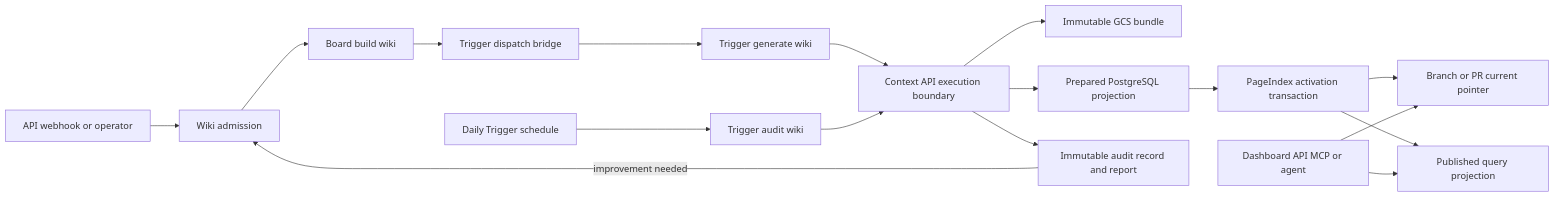
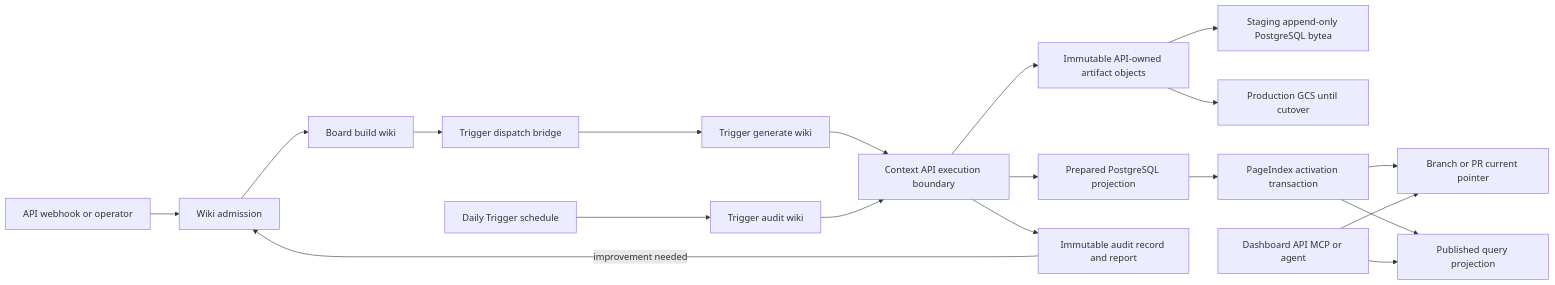
The first of 6 diagrams in docs/CONTEXT_WIKI_TRIGGER_MIGRATION_PLAN.md (keon/jina-context-wiki-e2e-20260808), drawn with Mermaid before and after one commit. The commit also changed other lines of this file and 15 other files, not shown here.

Commit message:
fix(context): persist staging wiki artifacts in postgres

````diff
--- a/docs/CONTEXT_WIKI_TRIGGER_MIGRATION_PLAN.md
+++ b/docs/CONTEXT_WIKI_TRIGGER_MIGRATION_PLAN.md
@@ -110,21 +111,23 @@
 ```mermaid
 flowchart LR
     Client["API webhook or operator"] --> Admission["Wiki admission"]
     Admission --> Board["Board build wiki"]
     Board --> Bridge["Trigger dispatch bridge"]
     Bridge --> Generate["Trigger generate wiki"]
     Generate --> Internal["Context API execution boundary"]
-    Internal --> Bundle["Immutable GCS bundle"]
+    Internal --> Artifacts["Immutable API-owned artifact objects"]
+    Artifacts --> StagingStore["Staging append-only PostgreSQL bytea"]
+    Artifacts --> ProductionStore["Production GCS until cutover"]
     Internal --> Prepared["Prepared PostgreSQL projection"]
     Prepared --> Activate["PageIndex activation transaction"]
     Activate --> Current["Branch or PR current pointer"]
     Activate --> Published["Published query projection"]
 
     Reader["Dashboard API MCP or agent"] --> Current
     Reader --> Published
 
     Schedule["Daily Trigger schedule"] --> Audit["Trigger audit wiki"]
     Audit --> Internal
     Internal --> Findings["Immutable audit record and report"]
     Findings -->|"improvement needed"| Admission
 ```
````
